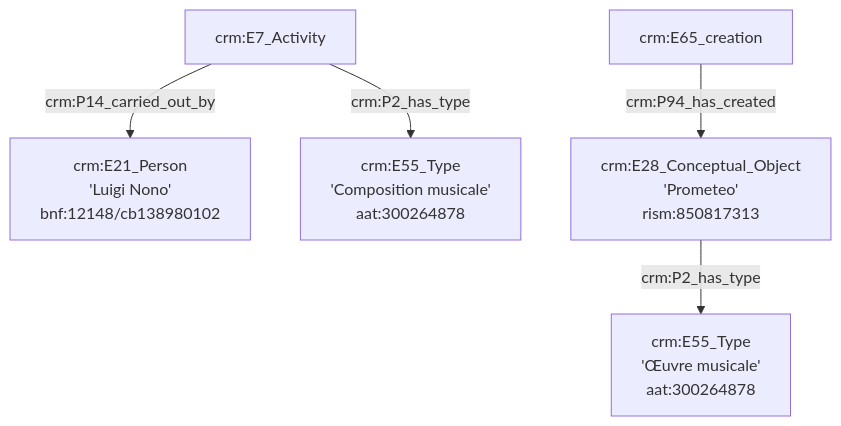
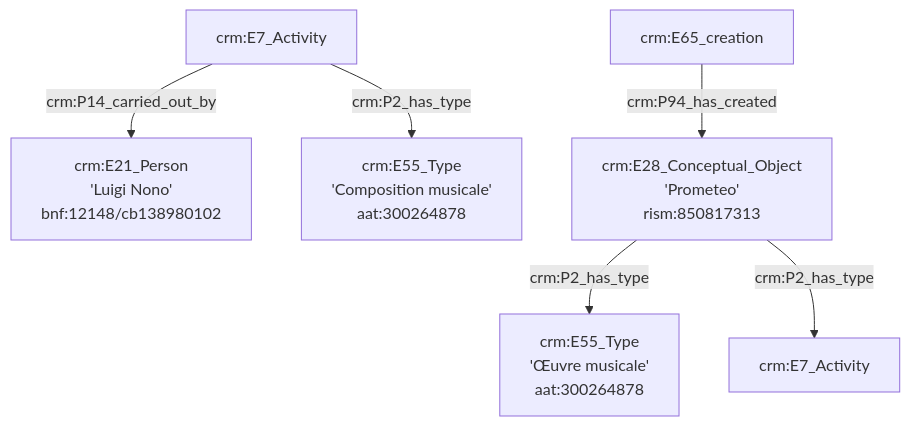
One commit to GusBraud/OntoMatchGameGus changed the first of 2 diagrams in Exemple1.md. Above: the diagram before and after it, drawn with Mermaid.

````diff
--- a/Exemple1.md
+++ b/Exemple1.md
@@ -1,13 +1,13 @@
 ```mermaid
 graph TD;
 
 
 A[crm:E7_Activity] --> |crm:P14_carried_out_by| B[crm:E21_Person<br>'Luigi Nono'<br>bnf:12148/cb138980102]
 A[crm:E7_Activity] --> |crm:P2_has_type| C[crm:E55_Type<br>'Composition musicale'<br>aat:300264878]
 
 D[crm:E65_creation] --> |crm:P94_has_created| E[crm:E28_Conceptual_Object<br>'Prometeo'<br>rism:850817313]
 E[crm:E28_Conceptual_Object<br>'Prometeo'<br>rism:850817313] --> |crm:P2_has_type| F[crm:E55_Type<br>'Œuvre musicale'<br>aat:300264878]
-
+E[crm:E28_Conceptual_Object<br>'Prometeo'<br>rism:850817313] --> |crm:P2_has_type| G[crm:E7_Activity]
 
 
 ```
````
